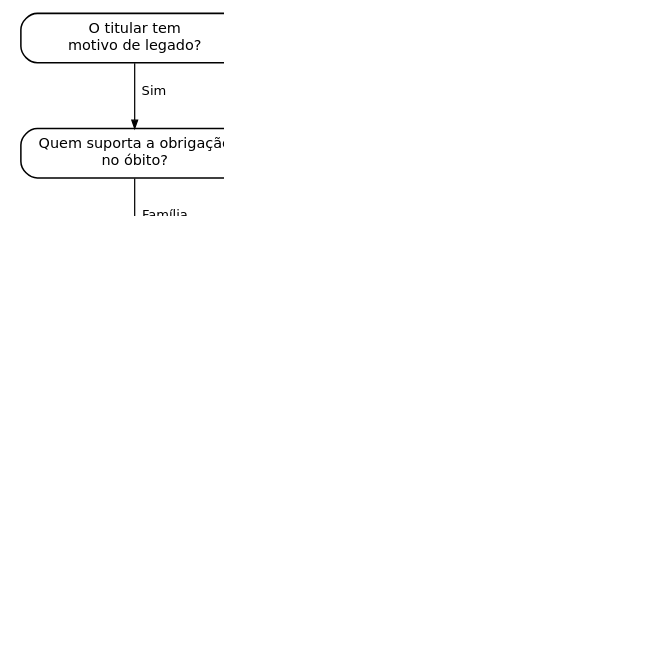
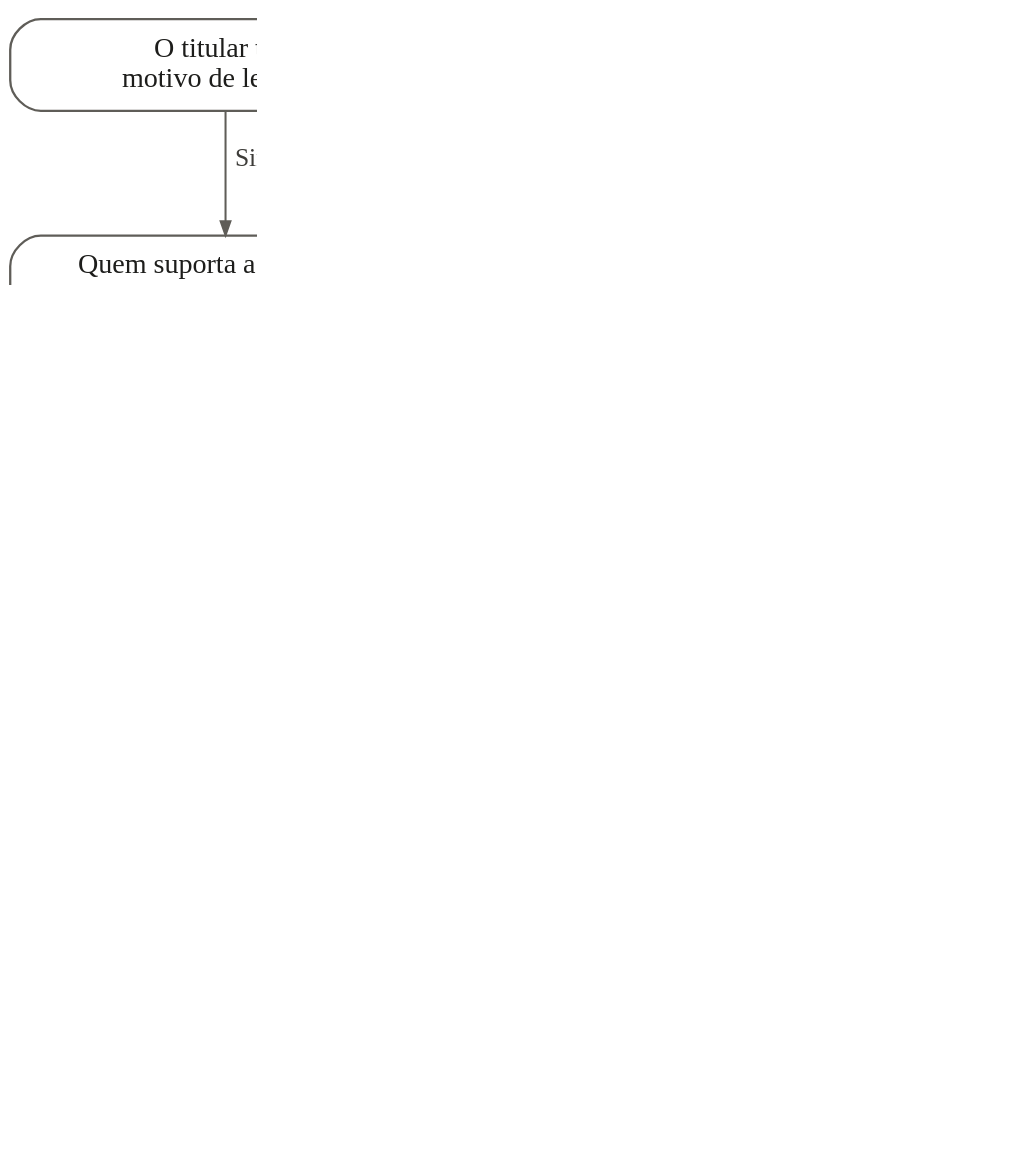
Before and after one commit to gabrielturcatti/motor-sucessorio: the diagram in motor/figuras/F3_arvore.dot, drawn with Graphviz. The commit also changed 24 other files, not shown here.

```diff
--- a/motor/figuras/F3_arvore.dot
+++ b/motor/figuras/F3_arvore.dot
@@ -1,39 +1,34 @@
 digraph G {
-  graph [rankdir=TB, nodesep=0.35, ranksep=0.30, fontname="DejaVu Sans", dpi=220,
-         newrank=true];
-  node  [fontname="DejaVu Sans", fontsize=10.5, shape=box, style="rounded",
-         penwidth=1.1, margin="0.12,0.07", width=2.3];
-  edge  [fontname="DejaVu Sans", fontsize=9.5, arrowsize=0.6, penwidth=0.9];
-  q1 [label="O titular tem\nmotivo de legado?"];
-  g  [label="Caso-limite G\nInstrumento racional: renda vitalícia.\nSeguro sem função sucessória.",
-      style="rounded,filled", fillcolor="gray92"];
-  q2 [label="Quem suporta a obrigação\nno óbito?"];
-  h  [label="Cenário H — haveres\nNa fronteira: pagamento direto e\nseguro temporário. Vitalício dominado,\nsalvo sem parcelamento e sem crédito.",
-      style="rounded,filled", fillcolor="gray92"];
-  q3 [label="O VGBL é aplicável\nao perfil?"];
-  bf [label="Cenários B e F\nVGBL domina (taxa de\nadministração até 2,9% a.a.).",
-      style="rounded,filled", fillcolor="gray92"];
-  q4 [label="O titular é contratável\nem condição padrão?"];
-  e  [label="Cenário E — idade avançada e agravo\nNa fronteira: holding e doação.\nSeguro fora em todas as classes.",
-      style="rounded,filled", fillcolor="gray92"];
-  q5 [label="Patrimônio empresarial\nde grande porte?"];
-  cd [label="Cenários C e D\nNa fronteira: holding (regime 2026).\nSeguro entra em C sem crédito-ponte\nou no regime pós-2027.",
-      style="rounded,filled", fillcolor="gray92"];
-  a  [label="Cenário A\nNa fronteira: inventário, seguro\ne doação. Escolha pela aversão\nao risco de cauda.",
-      style="rounded,filled", fillcolor="gray92"];
-  ca [label="Condição para o seguro:\npersistência do contrato\n(sai da fronteira com\nabandono de 2% a.a.)",
-      shape=note, style="", fontsize=9.5, width=1.6];
+  graph [rankdir=TB, nodesep=0.30, ranksep=0.26, fontname="Liberation Serif", dpi=300,
+         newrank=true, pad=0.05];
+  node  [fontname="Liberation Serif", fontsize=11, penwidth=0.9, margin="0.14,0.07",
+         width=2.35, fontcolor="#1d1d1b"];
+  edge  [fontname="Liberation Serif", fontsize=10, arrowsize=0.55, penwidth=0.8,
+         color="#5f5d58", fontcolor="#3d3c39"];
+  q1 [shape=box, style="rounded", color="#5f5d58", fillcolor="white", label="O titular tem\nmotivo de legado?"];
+  g  [shape=box, style="rounded,filled", color="#b9b7b0", fillcolor="#f3f2ef", label=<<B>Caso-limite G</B><BR/>Instrumento racional: renda vitalícia.<BR/>Seguro sem função sucessória.>];
+  q2 [shape=box, style="rounded", color="#5f5d58", fillcolor="white", label="Quem suporta a obrigação\nno óbito?"];
+  h  [shape=box, style="rounded,filled", color="#2a78d6", penwidth=1.6, fillcolor="#e8f1fb", label=<<B>Cenário H · haveres</B><BR/>Na fronteira: pagamento direto<BR/>e <B>seguro temporário</B>.<BR/>Vitalício dominado, salvo sem<BR/>parcelamento e sem crédito.>];
+  q3 [shape=box, style="rounded", color="#5f5d58", fillcolor="white", label="O VGBL é aplicável\nao perfil?"];
+  bf [shape=box, style="rounded,filled", color="#b9b7b0", fillcolor="#f3f2ef", label=<<B>Cenários B e F</B><BR/>VGBL domina (taxa de<BR/>administração até 2,9% a.a.).>];
+  q4 [shape=box, style="rounded", color="#5f5d58", fillcolor="white", label="O titular é contratável\nem condição padrão?"];
+  e  [shape=box, style="rounded,filled", color="#b9b7b0", fillcolor="#f3f2ef", label=<<B>Cenário E · idade e agravo</B><BR/>Na fronteira: holding e doação.<BR/>Seguro fora em todas as classes.>];
+  q5 [shape=box, style="rounded", color="#5f5d58", fillcolor="white", label="Patrimônio empresarial\nde grande porte?"];
+  cd [shape=box, style="rounded,filled", color="#b9b7b0", fillcolor="#f3f2ef", label=<<B>Cenários C e D</B><BR/>Na fronteira: holding (regime 2026).<BR/>Seguro entra em C sem crédito-ponte<BR/>ou no regime pós-2027.>];
+  a  [shape=box, style="rounded,filled", color="#2a78d6", penwidth=1.6, fillcolor="#e8f1fb", label=<<B>Cenário A</B><BR/>Na fronteira: inventário,<BR/><B>seguro</B> e doação. Escolha pela<BR/>aversão ao risco de cauda.>];
+  ca [shape=note, style="filled", fillcolor="white", color="#b9b7b0", fontsize=10, width=1.7,
+      label="Condição para o seguro:\npersistência do contrato\n(sai da fronteira com\nabandono de 2% a.a.)"];
   {rank=same; q1; g;}  {rank=same; q2; h;}  {rank=same; q3; bf;}
   {rank=same; q4; e;}  {rank=same; q5; cd;} {rank=same; a; ca;}
   q1 -> g  [label="  Não  "];
   q1 -> q2 [label="  Sim"];
   q2 -> h  [label="  Sociedade  "];
   q2 -> q3 [label="  Família"];
   q3 -> bf [label="  Sim  "];
   q3 -> q4 [label="  Não"];
   q4 -> e  [label="  Não  "];
   q4 -> q5 [label="  Sim"];
   q5 -> cd [label="  Sim  "];
   q5 -> a  [label="  Não"];
-  a -> ca  [style=dashed, arrowhead=none];
+  a -> ca  [style=dashed, arrowhead=none, color="#b9b7b0"];
 }
```
